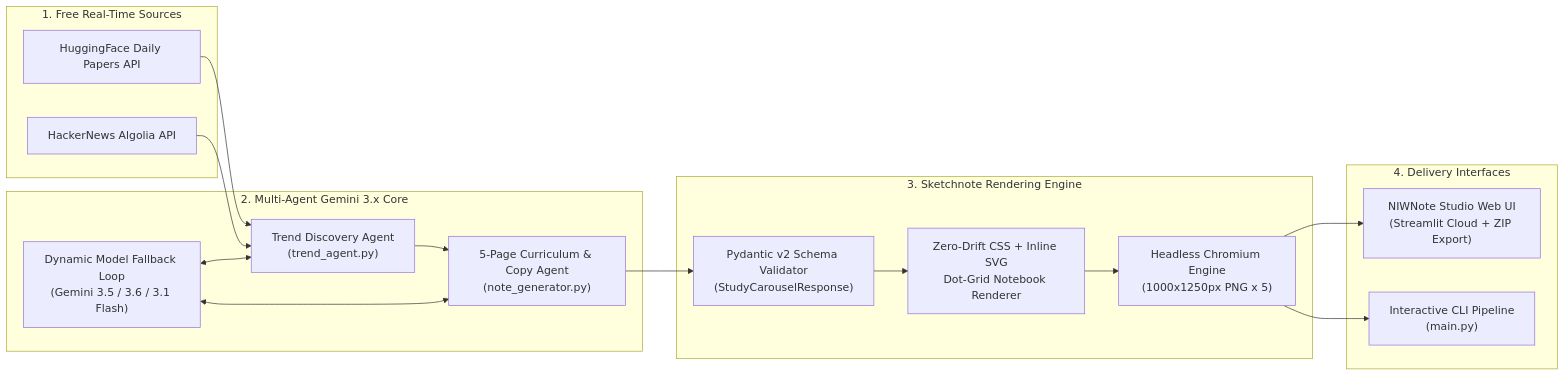
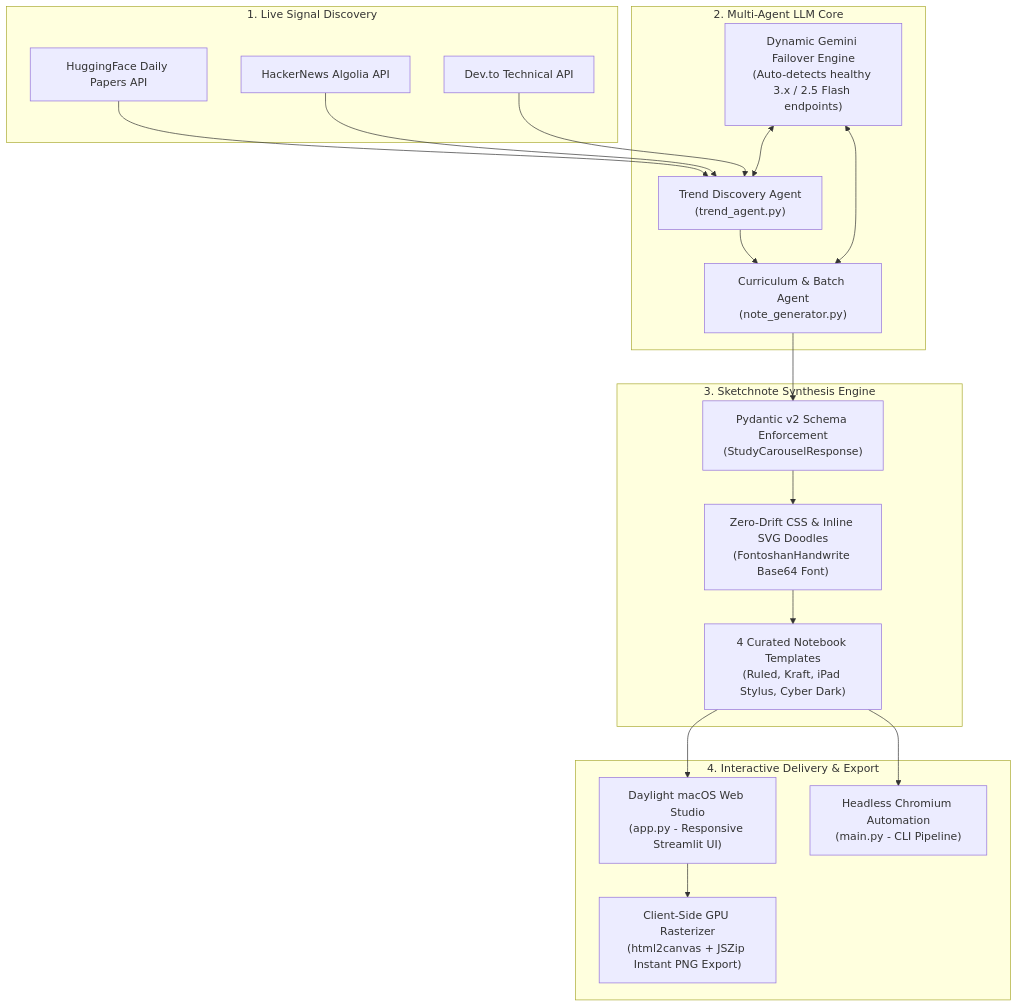
One commit to shehan-dev09/ai-handwritten-note-agent changed the diagram in README.md. Above: the diagram before and after it, drawn with Mermaid. The commit also changed other lines of this file, not shown here.

````diff
--- a/README.md
+++ b/README.md
@@ -46,30 +52,34 @@
 ```mermaid
-flowchart LR
-    subgraph Sources["1. Free Real-Time Sources"]
+flowchart TD
+    subgraph S1["1. Live Signal Discovery"]
         HF["HuggingFace Daily Papers API"]
         HN["HackerNews Algolia API"]
+        DEV["Dev.to Technical API"]
     end
 
-    subgraph Agents["2. Multi-Agent Gemini 3.x Core"]
+    subgraph S2["2. Multi-Agent LLM Core"]
         TA["Trend Discovery Agent<br/>(trend_agent.py)"]
-        CA["5-Page Curriculum & Copy Agent<br/>(note_generator.py)"]
-        FB["Dynamic Model Fallback Loop<br/>(Gemini 3.5 / 3.6 / 3.1 Flash)"]
+        CA["Curriculum & Batch Agent<br/>(note_generator.py)"]
+        FB["Dynamic Gemini Failover Engine<br/>(Auto-detects healthy 3.x / 2.5 Flash endpoints)"]
     end
 
-    subgraph Engine["3. Sketchnote Rendering Engine"]
-        PYD["Pydantic v2 Schema Validator<br/>(StudyCarouselResponse)"]
-        SVG["Zero-Drift CSS + Inline SVG<br/>Dot-Grid Notebook Renderer"]
-        CHR["Headless Chromium Engine<br/>(1000x1250px PNG x 5)"]
+    subgraph S3["3. Sketchnote Synthesis Engine"]
+        PYD["Pydantic v2 Schema Enforcement<br/>(StudyCarouselResponse)"]
+        SVG["Zero-Drift CSS & Inline SVG Doodles<br/>(FontoshanHandwrite Base64 Font)"]
+        THM["4 Curated Notebook Templates<br/>(Ruled, Kraft, iPad Stylus, Cyber Dark)"]
     end
 
-    subgraph Studio["4. Delivery Interfaces"]
-        WEB["NIWNote Studio Web UI<br/>(Streamlit Cloud + ZIP Export)"]
-        CLI["Interactive CLI Pipeline<br/>(main.py)"]
+    subgraph S4["4. Interactive Delivery & Export"]
+        UI["Daylight macOS Web Studio<br/>(app.py - Responsive Streamlit UI)"]
+        GPU["Client-Side GPU Rasterizer<br/>(html2canvas + JSZip Instant PNG Export)"]
+        CLI["Headless Chromium Automation<br/>(main.py - CLI Pipeline)"]
     end
 
-    HF & HN --> TA
+    HF & HN & DEV --> TA
     TA --> CA
     FB <--> TA & CA
-    CA --> PYD --> SVG --> CHR
-    CHR --> WEB & CLI
+    CA --> PYD --> SVG --> THM
+    THM --> UI
+    UI --> GPU
+    THM --> CLI
 ```
````
